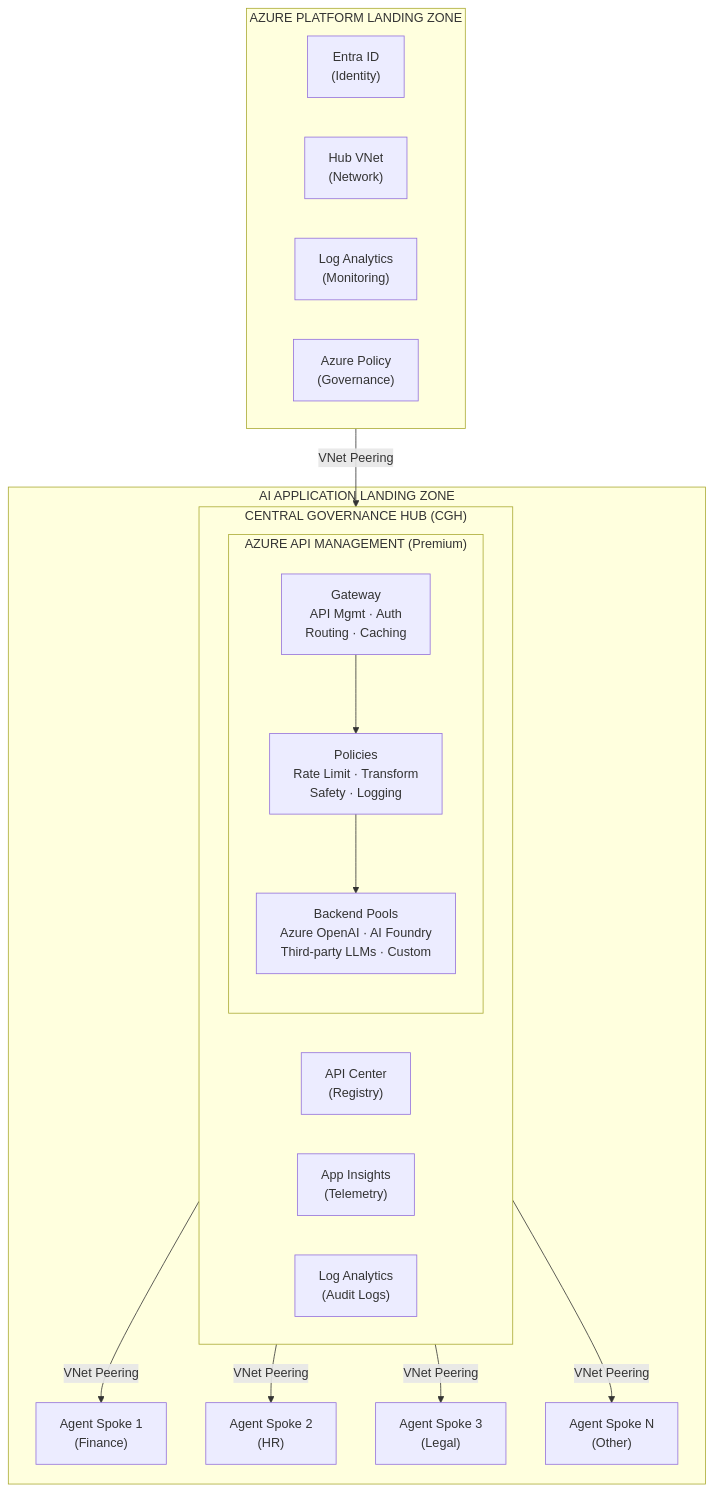
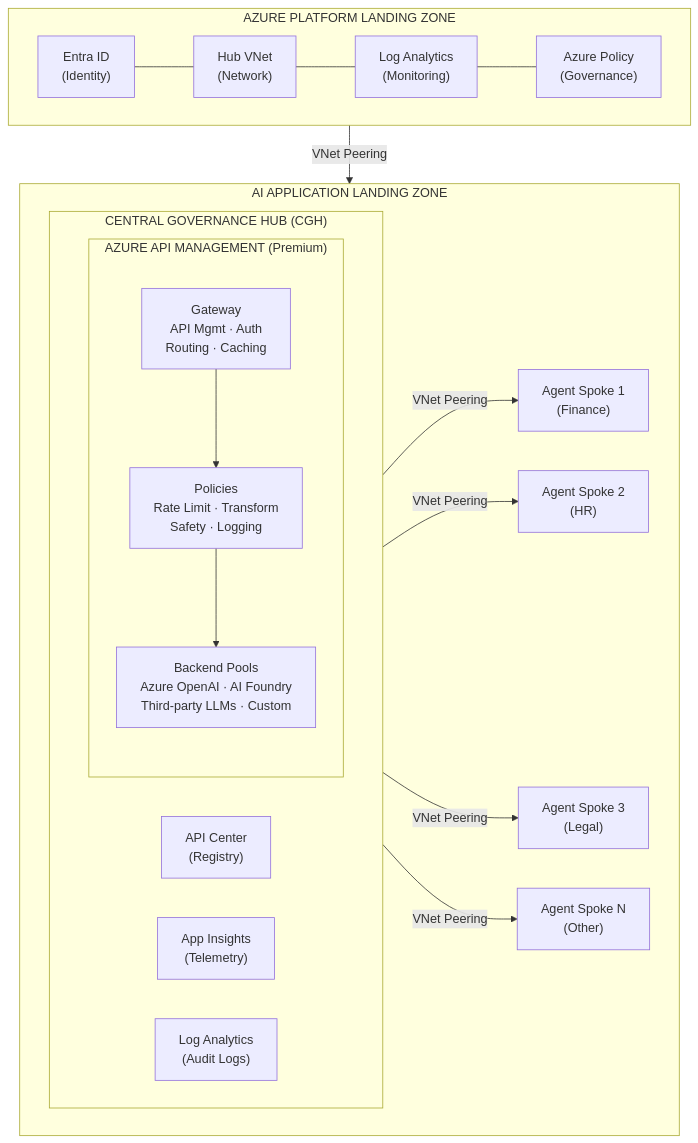
Before and after one commit to khenzo/ai-hub-gateway: the first of 6 diagrams in docs/ai-patterns/apim-reference.mdx, drawn with Mermaid. The commit also changed other lines of this file and 21 other files, not shown here.

````diff
--- a/docs/ai-patterns/apim-reference.mdx
+++ b/docs/ai-patterns/apim-reference.mdx
@@ -19,33 +19,33 @@
 ```mermaid
 flowchart TD
     subgraph APL["AZURE PLATFORM LANDING ZONE"]
-        direction LR
-        EID["Entra ID\n(Identity)"]
-        HUB["Hub VNet\n(Network)"]
-        LA1["Log Analytics\n(Monitoring)"]
-        AZP["Azure Policy\n(Governance)"]
+        direction LR  // Ensures left-to-right flow
+        EID["Entra ID\n(Identity)"] --- HUB["Hub VNet\n(Network)"] --- LA1["Log Analytics\n(Monitoring)"] --- AZP["Azure Policy\n(Governance)"]
     end
 
     APL -->|VNet Peering| CGH
 
     subgraph AILZ["AI APPLICATION LANDING ZONE"]
+        direction LR
         subgraph CGH["CENTRAL GOVERNANCE HUB (CGH)"]
+            direction LR
             subgraph APIM["AZURE API MANAGEMENT (Premium)"]
+                direction TD
                 GW["Gateway\nAPI Mgmt · Auth\nRouting · Caching"]
                 POL["Policies\nRate Limit · Transform\nSafety · Logging"]
                 BP["Backend Pools\nAzure OpenAI · AI Foundry\nThird-party LLMs · Custom"]
                 GW --> POL --> BP
             end
             APC["API Center\n(Registry)"]
             AI["App Insights\n(Telemetry)"]
             LA2["Log Analytics\n(Audit Logs)"]
         end
 
         CGH -->|VNet Peering| S1 & S2 & S3 & SN
 
         S1["Agent Spoke 1\n(Finance)"]
         S2["Agent Spoke 2\n(HR)"]
         S3["Agent Spoke 3\n(Legal)"]
         SN["Agent Spoke N\n(Other)"]
     end
 ```
````
